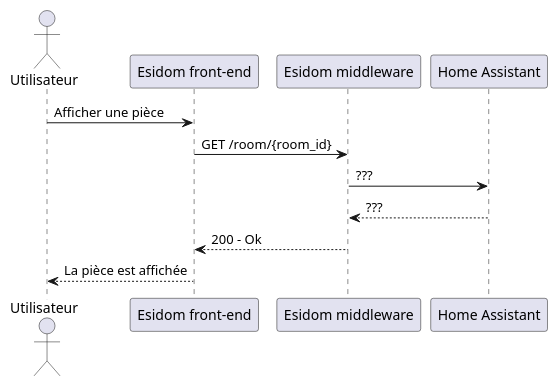
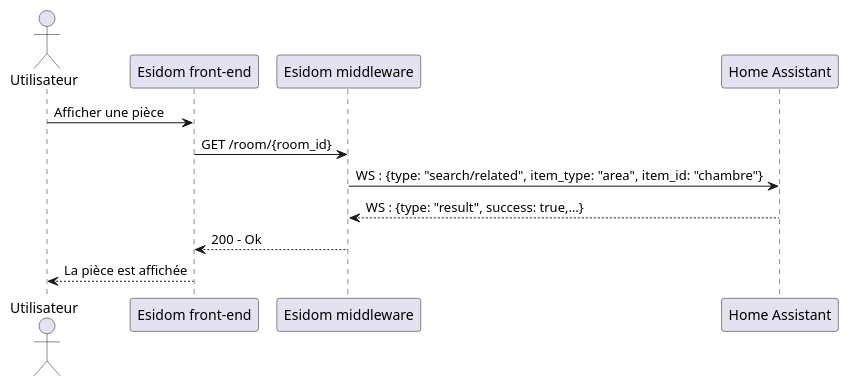
Before and after one commit to SKAVALT-io/esidom_doc: the diagram in cdct/diagramme_de_sequence/plantuml/afficher_piece.puml, drawn with PlantUML. The commit also changed 7 other files, not shown here.

Commit message:
docs(cdct): update sequence diagram

```diff
--- a/cdct/diagramme_de_sequence/plantuml/afficher_piece.puml
+++ b/cdct/diagramme_de_sequence/plantuml/afficher_piece.puml
@@ -1,15 +1,15 @@
 @startuml afficher pièce
 
 actor "Utilisateur" as u
 participant "Esidom front-end" as fe
 participant "Esidom middleware" as m
 participant "Home Assistant" as ha
 
 u -> fe: Afficher une pièce
 fe -> m: GET /room/{room_id}
-m -> ha: ???
-ha --> m: ???
+m -> ha: WS : {type: "search/related", item_type: "area", item_id: "chambre"}
+ha --> m: WS : {type: "result", success: true,…}
 m --> fe: 200 - Ok
 fe --> u: La pièce est affichée
 
 @enduml
```
